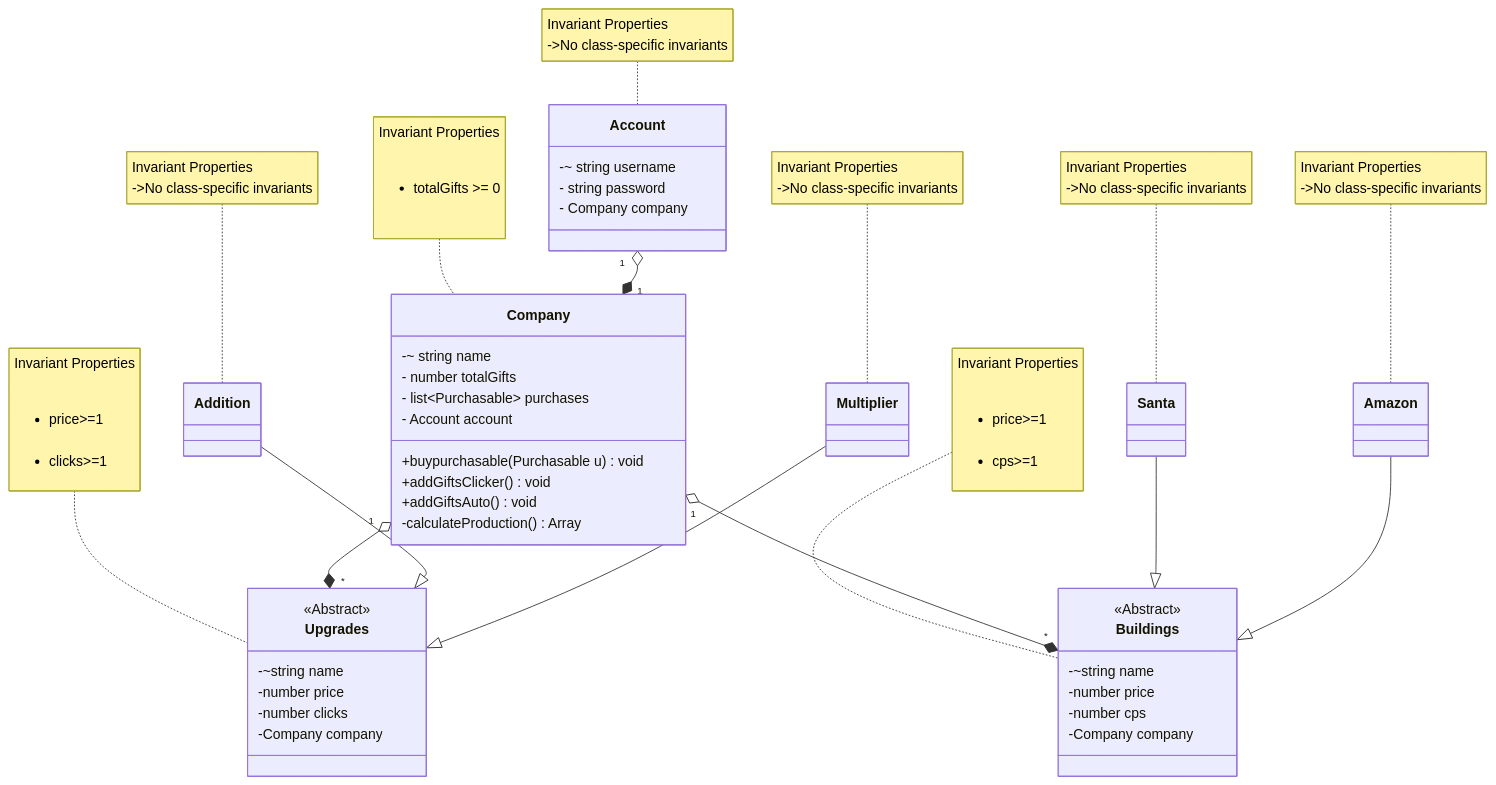
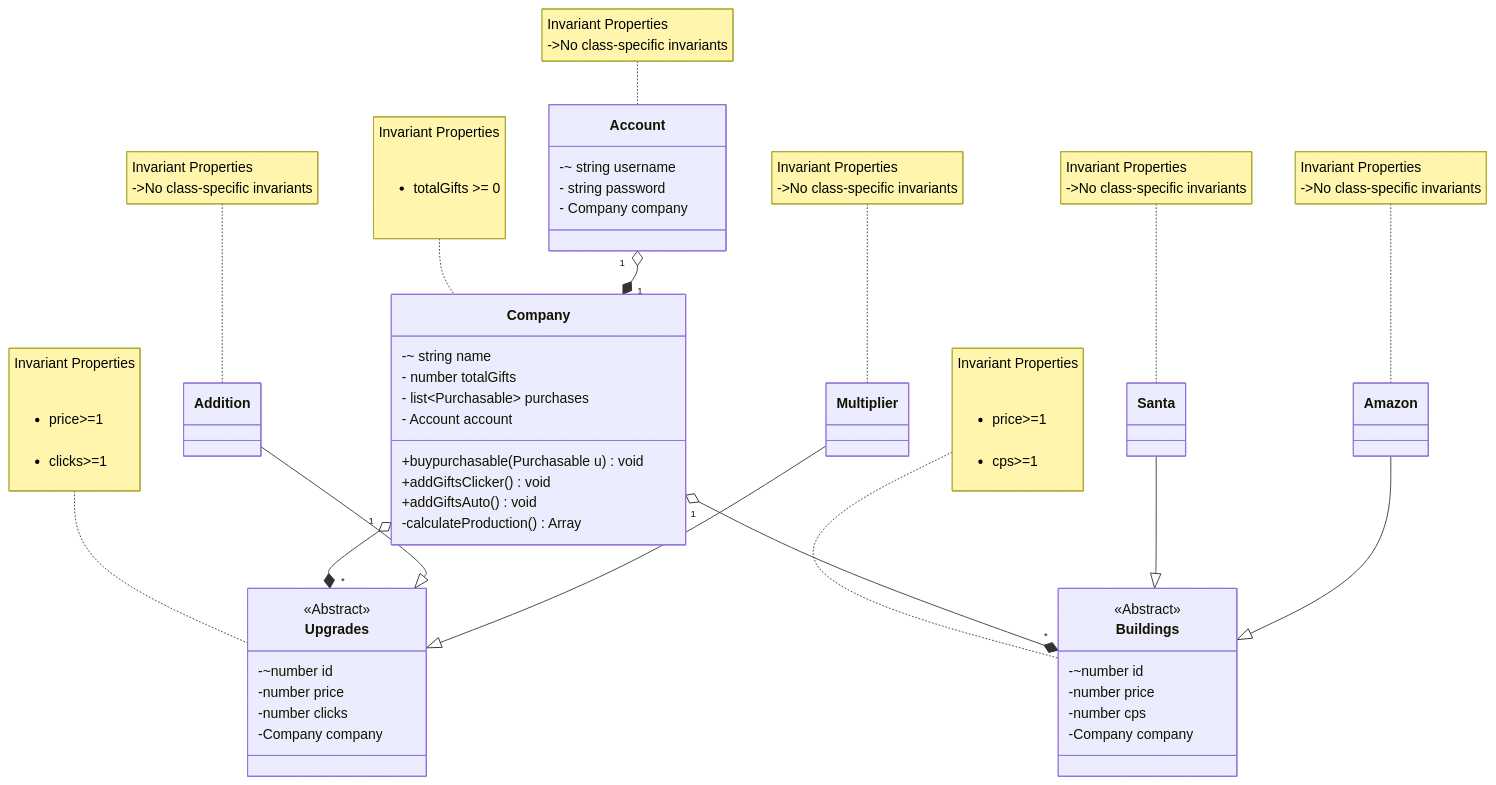
Before and after one commit to umangmehta0007/Clicker: the diagram in domain.md, drawn with Mermaid. The commit also changed 45 other files, not shown here.

```diff
--- a/domain.md
+++ b/domain.md
@@ -50,7 +50,7 @@
     class Upgrades{
         <<Abstract>>
 
-        -~string name
+        -~number id
         -number price
         -number clicks
         -Company company
@@ -67,7 +67,7 @@
     class Buildings{
         <<Abstract>>
         
-        -~string name
+        -~number id
         -number price
         -number cps
         -Company company
```
